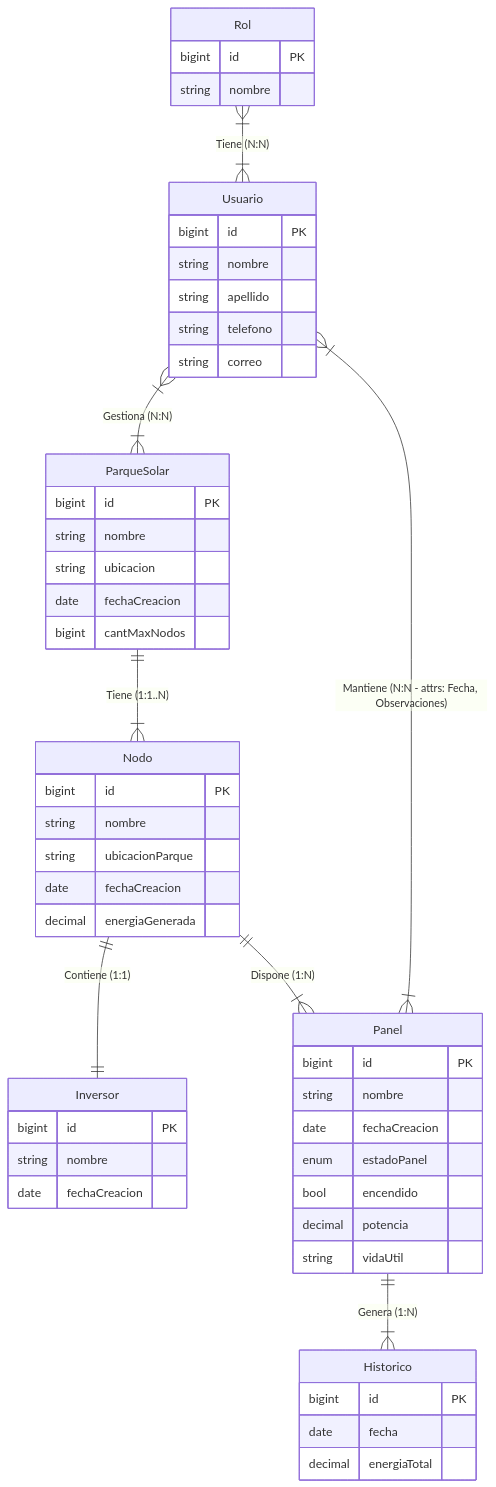
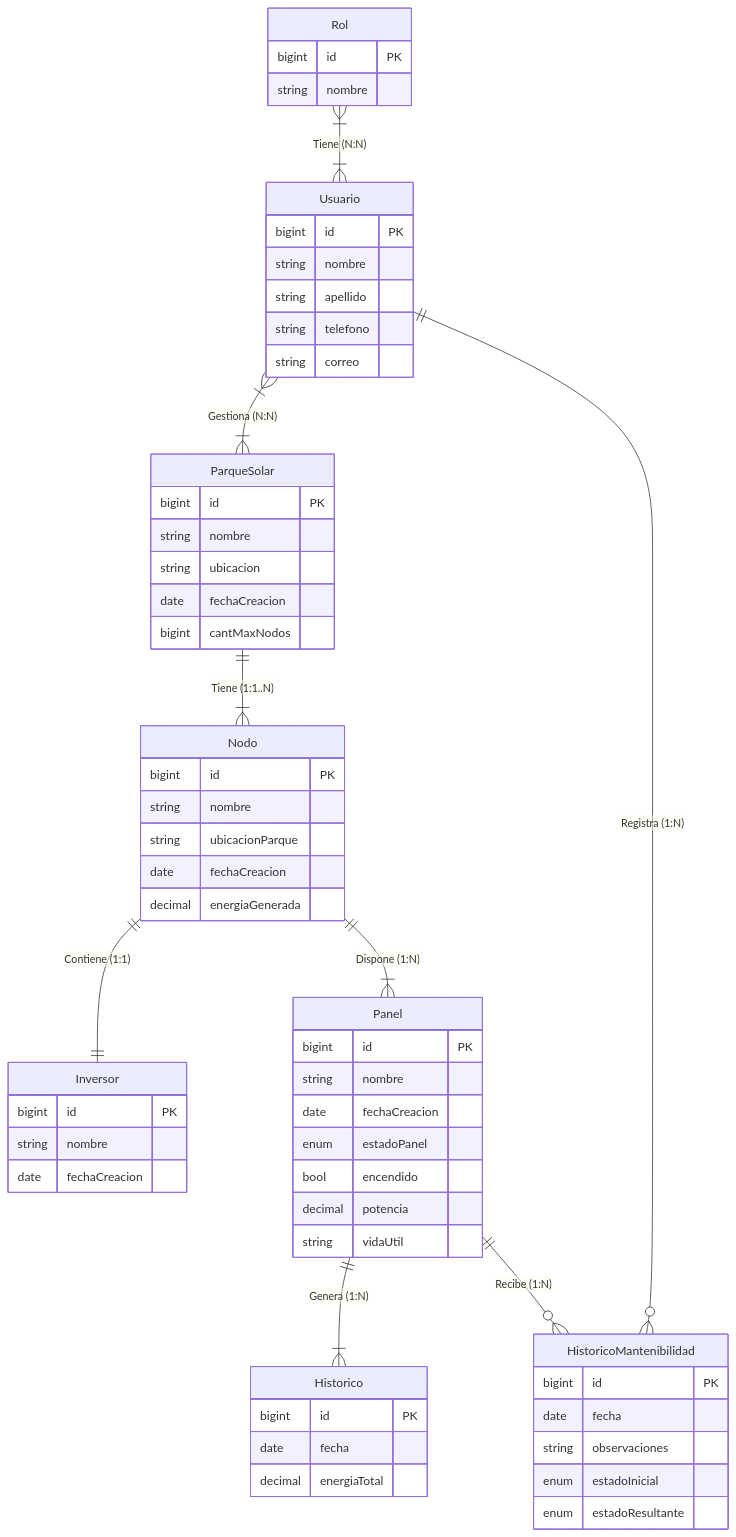
Before and after one commit to kevinGarcia00/Taller_.NET: the diagram in Taller_.NET/MER.md, drawn with Mermaid. The commit also changed 25 other files, not shown here.

Commit message:
cambios en .md inversor, panel, historicoMantenibilidad

````diff
--- a/Taller_.NET/MER.md
+++ b/Taller_.NET/MER.md
@@ -1,62 +1,71 @@
 ```mermaid
 erDiagram
 Rol {
 bigint id PK
 string nombre
 }
 
     Usuario {
         bigint id PK
         string nombre
         string apellido
         string telefono
         string correo
     }
 
     ParqueSolar {
         bigint id PK
         string nombre
         string ubicacion
         date fechaCreacion
         bigint cantMaxNodos
     }
 
     Nodo {
         bigint id PK
         string nombre
         string ubicacionParque
         date fechaCreacion
         decimal energiaGenerada
     }
 
     Inversor {
         bigint id PK
         string nombre
         date fechaCreacion
     }
 
     Panel {
         bigint id PK
         string nombre
         date fechaCreacion
         enum estadoPanel
         bool encendido
         decimal potencia
         string vidaUtil
     }
 
     Historico {
         bigint id PK
         date fecha
         decimal energiaTotal
     }
 
+    HistoricoMantenibilidad {
+        bigint id PK
+        date fecha
+        string observaciones
+        enum estadoInicial
+        enum estadoResultante
+    }
+
     %% Relaciones
     Rol }|--|{ Usuario : "Tiene (N:N)"
     Usuario }|--|{ ParqueSolar : "Gestiona (N:N)"
     ParqueSolar ||--|{ Nodo : "Tiene (1:1..N)"
     Nodo ||--|| Inversor : "Contiene (1:1)"
     Nodo ||--|{ Panel : "Dispone (1:N)"
-    Usuario }|--|{ Panel : "Mantiene (N:N - attrs: Fecha, Observaciones)"
+    Usuario ||--o{ HistoricoMantenibilidad : "Registra (1:N)"
+    Panel ||--o{ HistoricoMantenibilidad : "Recibe (1:N)"
     Panel ||--|{ Historico : "Genera (1:N)"
 ```
````
